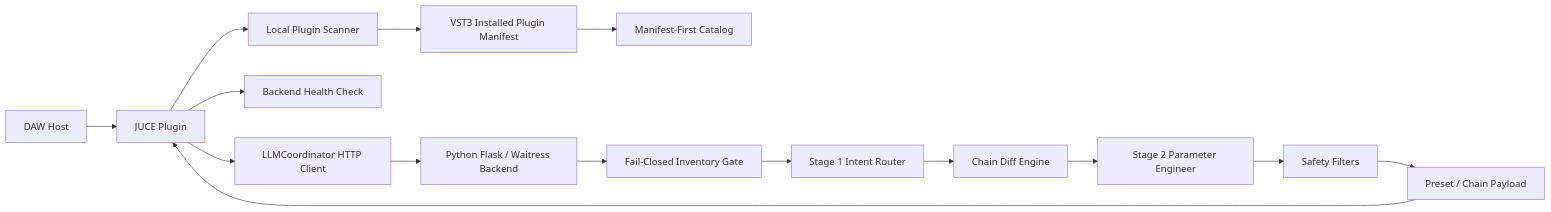
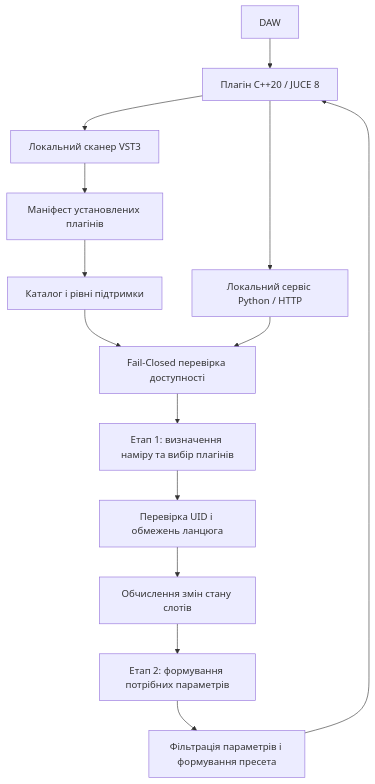
Before and after one commit to DenisShumilov/chainprompt-ai: the diagram in README.md, drawn with Mermaid. The commit also changed other lines of this file and 2 other files, not shown here.

````diff
--- a/README.md
+++ b/README.md
@@ -89,17 +28,16 @@
 ```mermaid
-flowchart LR
-    DAW[DAW Host] --> Plugin[JUCE Plugin]
-    Plugin --> Scanner[Local Plugin Scanner]
-    Scanner --> Manifest[VST3 Installed Plugin Manifest]
-    Plugin --> Health[Backend Health Check]
-    Plugin --> Chat[LLMCoordinator HTTP Client]
-    Chat --> API[Python Flask / Waitress Backend]
-    Manifest --> Catalog[Manifest-First Catalog]
-    API --> Gate[Fail-Closed Inventory Gate]
-    Gate --> Stage1[Stage 1 Intent Router]
-    Stage1 --> Diff[Chain Diff Engine]
-    Diff --> Stage2[Stage 2 Parameter Engineer]
-    Stage2 --> Safety[Safety Filters]
-    Safety --> Preset[Preset / Chain Payload]
-    Preset --> Plugin
+flowchart TD
+    DAW["DAW"] --> Plugin["Плагін C++20 / JUCE 8"]
+    Plugin --> Scanner["Локальний сканер VST3"]
+    Scanner --> Manifest["Маніфест установлених плагінів"]
+    Manifest --> Catalog["Каталог і рівні підтримки"]
+    Plugin --> API["Локальний сервіс Python / HTTP"]
+    Catalog --> Gate["Fail-Closed перевірка доступності"]
+    API --> Gate
+    Gate --> Plan["Етап 1: визначення наміру та вибір плагінів"]
+    Plan --> Validate["Перевірка UID і обмежень ланцюга"]
+    Validate --> Diff["Обчислення змін стану слотів"]
+    Diff --> Params["Етап 2: формування потрібних параметрів"]
+    Params --> Filters["Фільтрація параметрів і формування пресета"]
+    Filters --> Plugin
 ```
````
